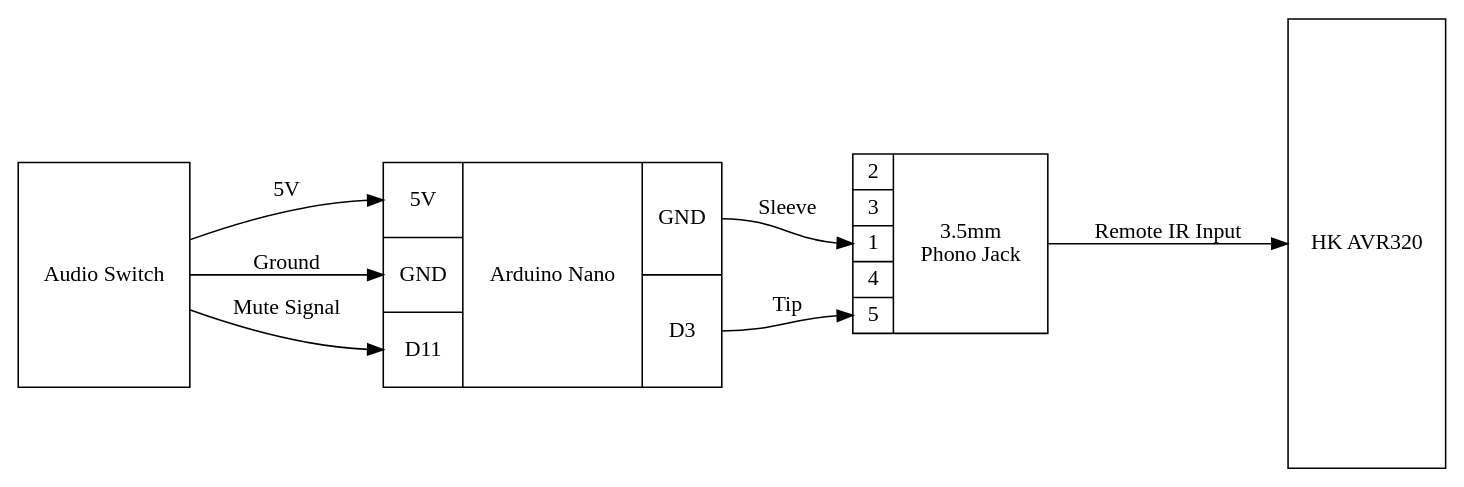
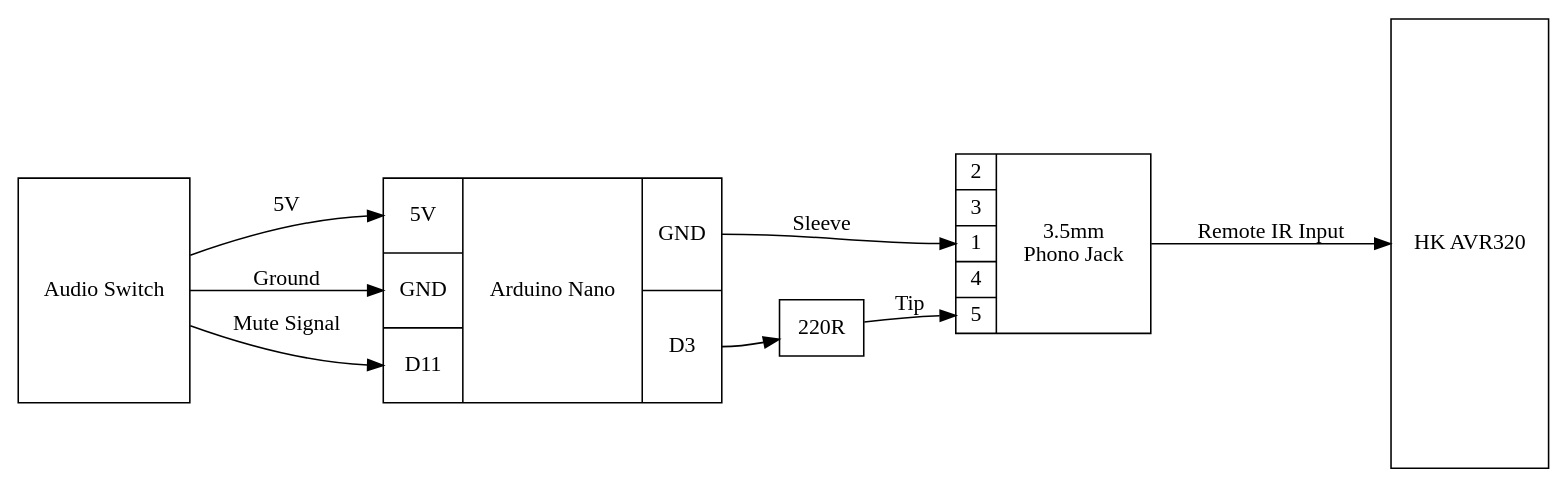
One commit to jgartrel/arduino-nano-avr-controller changed the diagram in diagrams/avr.dot. Above: the diagram before and after it, drawn with Graphviz. The commit also changed 7 other files, not shown here.

Commit message:
Add 220 Ohm resistor to protect the nano.

```diff
--- a/diagrams/avr.dot
+++ b/diagrams/avr.dot
@@ -1,19 +1,21 @@
 digraph G {
     graph [rankdir = LR];
     node[shape=record];
 
     switch [label="Audio Switch", height=2];
     nano   [label="{ {<V5> 5V |<GND1> GND |<D11> D11 } | Arduino Nano | {<GND2> GND |<D3> D3} }", height=2];
+    ohm    [label="220R"];
     jack   [label="{ {2|3|<P1>1|4|<P5>5} | 3.5mm \n Phono Jack }", height=1];
     avr    [label="HK AVR320", height=4];
 
     switch -> nano:V5   [label="5V"];
     switch -> nano:GND1 [label="Ground"];
     switch -> nano:D11  [label="Mute Signal"];
 
     nano:GND2 -> jack:P1 [label="Sleeve"];
-    nano:D3   -> jack:P5 [label="Tip"];
+    nano:D3   -> ohm;
+    ohm       -> jack:P5 [label="Tip"];
 
     jack   -> avr [label="Remote IR Input"];
 
 }
```
